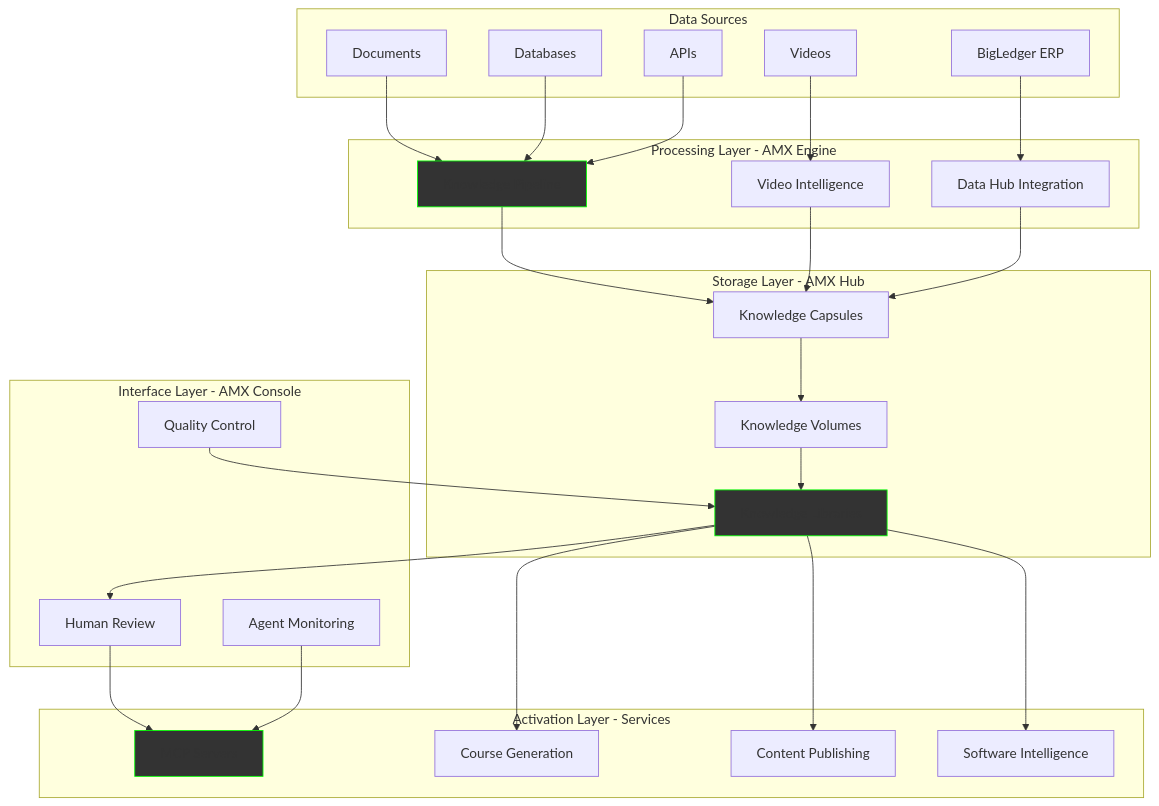
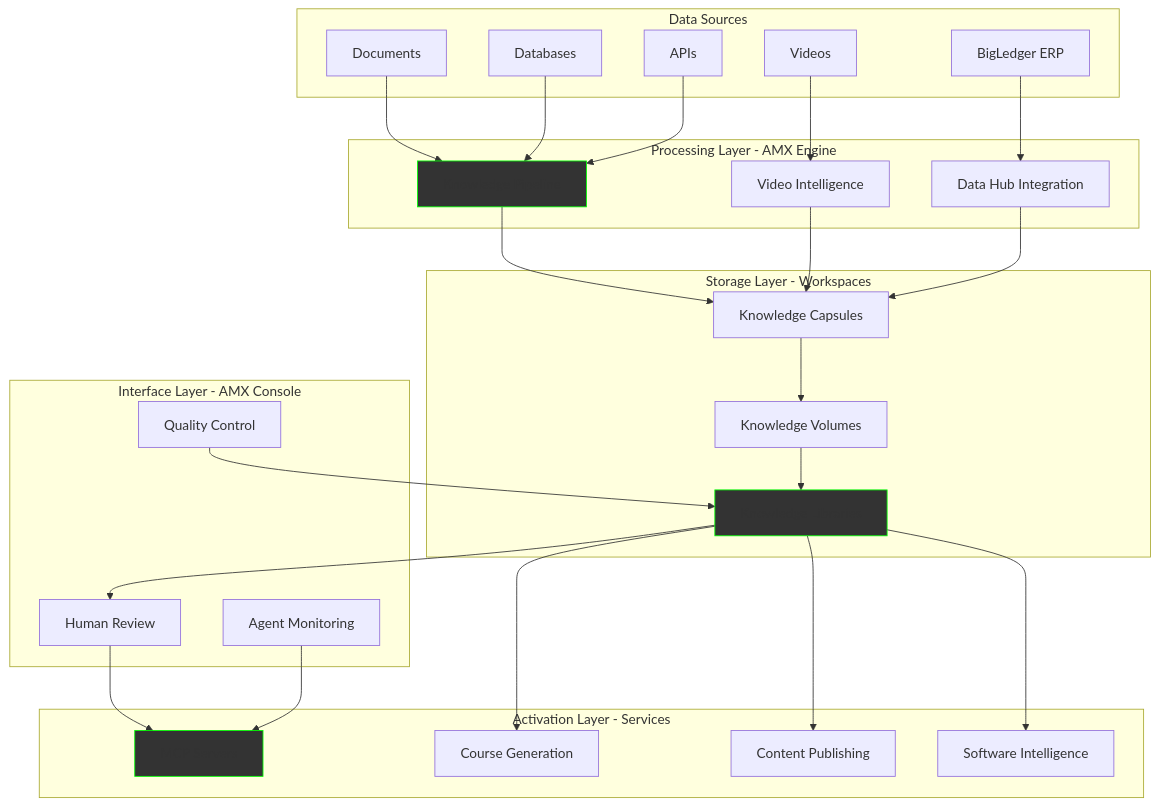
Before and after one commit to aimatrix/amx-docs: the diagram in content/en/business/integration-architecture.md, drawn with Mermaid. The commit also changed other lines of this file and 7 other files, not shown here.

First line of the commit message:
Update documentation to correctly reflect AIMatrix workspace architecture

````diff
--- a/content/en/business/integration-architecture.md
+++ b/content/en/business/integration-architecture.md
@@ -11,61 +11,61 @@
 ```mermaid
 graph TB
     subgraph "Data Sources"
         A1[Documents]
         A2[Videos]
         A3[BigLedger ERP]
         A4[Databases]
         A5[APIs]
     end
     
     subgraph "Processing Layer - AMX Engine"
         B1[Knowledge Pipeline]
         B2[Video Intelligence]
         B3[Data Hub Integration]
     end
     
-    subgraph "Storage Layer - AMX Hub"
+    subgraph "Storage Layer - Workspaces"
         C1[Knowledge Capsules]
         C2[Knowledge Volumes]
         C3[Knowledge Libraries]
     end
     
     subgraph "Interface Layer - AMX Console"
         D1[Human Review]
         D2[Agent Monitoring]
         D3[Quality Control]
     end
     
     subgraph "Activation Layer - Services"
         E1[MCP Servers]
         E2[Course Generation]
         E3[Content Publishing]
         E4[Software Intelligence]
     end
     
     A1 --> B1
     A2 --> B2
     A3 --> B3
     A4 --> B1
     A5 --> B1
     
     B1 --> C1
     B2 --> C1
     B3 --> C1
     
     C1 --> C2
     C2 --> C3
     
     C3 --> D1
     D1 --> E1
     D2 --> E1
     D3 --> C3
     
     C3 --> E2
     C3 --> E3
     C3 --> E4
     
     style B1 fill:#333,stroke:#00ff00
     style C3 fill:#333,stroke:#00ff00
     style E1 fill:#333,stroke:#00ff00
 ```
````
